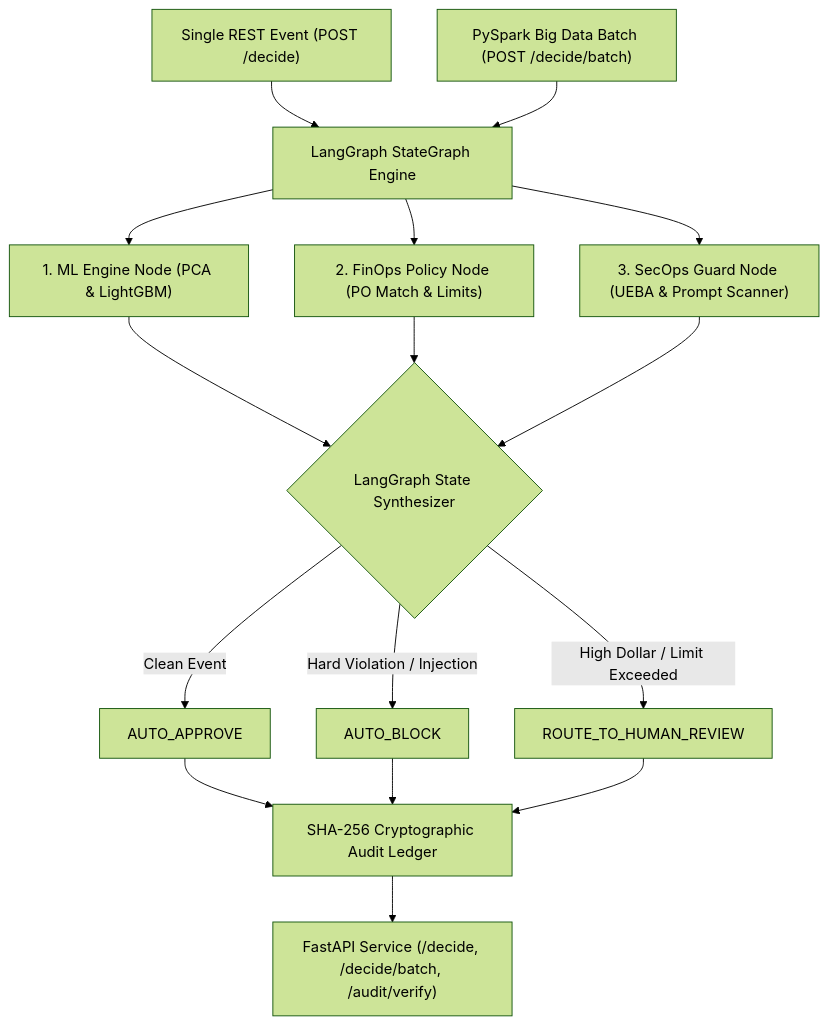
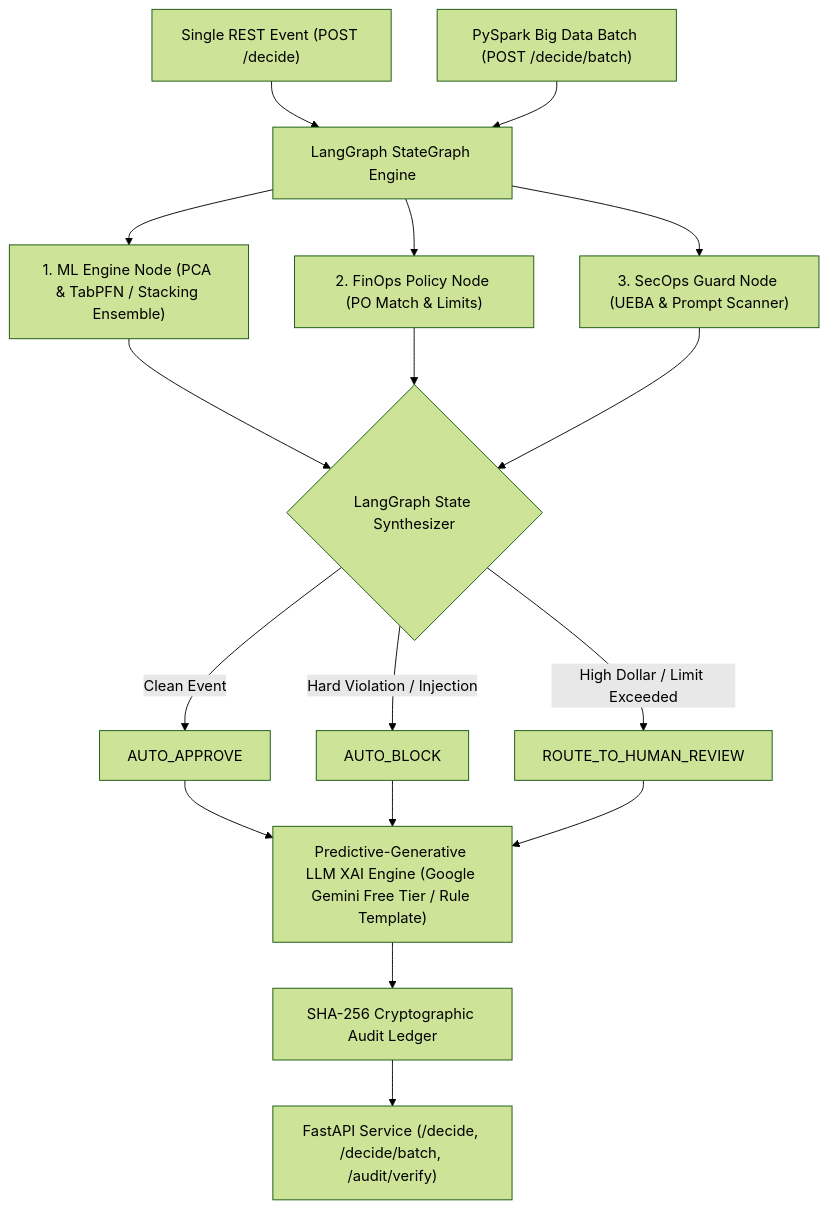
One commit to PriyankaHichkad/FinOps-Security-Agent changed the second of 2 diagrams in README.md. Above: the diagram before and after it, drawn with Mermaid (forest theme). The commit also changed 2 other files, not shown here.

Commit message:
Update docs and diagrams

````diff
--- a/README.md
+++ b/README.md
@@ -31,18 +31,19 @@
 ```mermaid
 graph TD
     A1["Single REST Event (POST /decide)"] --> B["LangGraph StateGraph Engine"]
     A2["PySpark Big Data Batch (POST /decide/batch)"] --> B
     
-    B --> C["1. ML Engine Node (PCA & LightGBM)"]
+    B --> C["1. ML Engine Node (PCA & TabPFN / Stacking Ensemble)"]
     B --> D["2. FinOps Policy Node (PO Match & Limits)"]
     B --> E["3. SecOps Guard Node (UEBA & Prompt Scanner)"]
     
     C & D & E --> F{"LangGraph State Synthesizer"}
     
     F -->|Clean Event| G["AUTO_APPROVE"]
     F -->|Hard Violation / Injection| H["AUTO_BLOCK"]
     F -->|High Dollar / Limit Exceeded| I["ROUTE_TO_HUMAN_REVIEW"]
     
-    G & H & I --> J["SHA-256 Cryptographic Audit Ledger"]
-    J --> K["FastAPI Service (/decide, /decide/batch, /audit/verify)"]
+    G & H & I --> J["Predictive-Generative LLM XAI Engine (Google Gemini Free Tier / Rule Template)"]
+    J --> K["SHA-256 Cryptographic Audit Ledger"]
+    K --> L["FastAPI Service (/decide, /decide/batch, /audit/verify)"]
 ```
````
